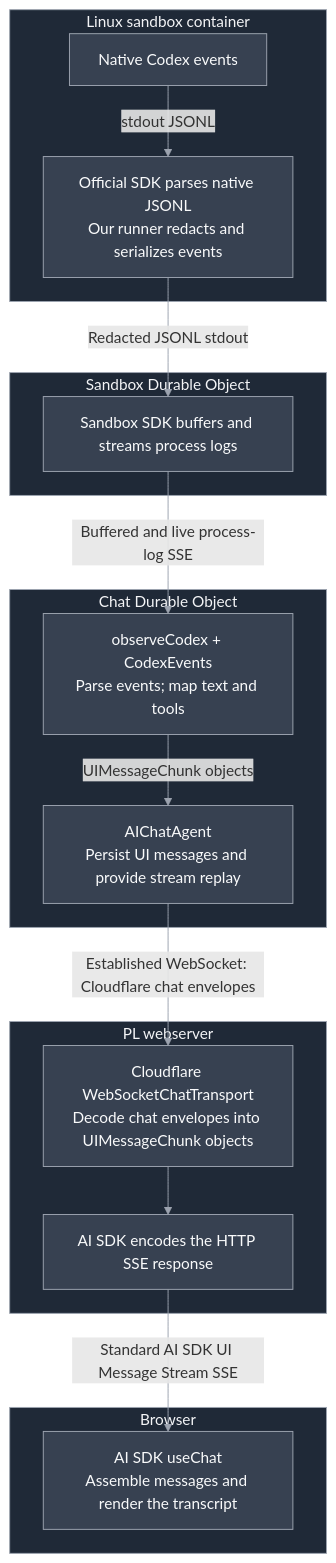
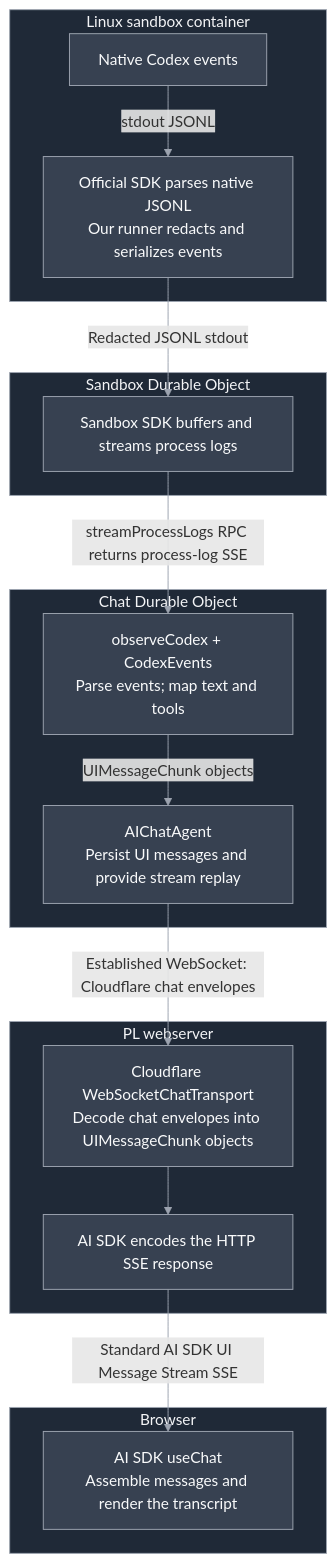
Before and after one commit to miguelaenlle/cloudflare-agents-sdk-test: the second of 3 diagrams in docs/architecture.md, drawn with Mermaid. The commit also changed other lines of this file, not shown here.

````diff
--- a/docs/architecture.md
+++ b/docs/architecture.md
@@ -93,37 +101,37 @@
 ```mermaid
 flowchart TB
     subgraph container["Linux sandbox container"]
         Native["Native Codex events"]
         Runner["Official SDK parses native JSONL<br/>Our runner redacts and serializes events"]
         Native -->|"stdout JSONL"| Runner
     end
     subgraph control["Sandbox Durable Object"]
         Logs["Sandbox SDK buffers and streams process logs"]
     end
     subgraph chat["Chat Durable Object"]
         Mapper["observeCodex + CodexEvents<br/>Parse events; map text and tools"]
         Agent["AIChatAgent<br/>Persist UI messages and provide stream replay"]
         Mapper -->|"UIMessageChunk objects"| Agent
     end
     subgraph backend["PL webserver"]
         Adapter["Cloudflare WebSocketChatTransport<br/>Decode chat envelopes into UIMessageChunk objects"]
         Relay["AI SDK encodes the HTTP SSE response"]
         Adapter --> Relay
     end
     subgraph browser["Browser"]
         UI["AI SDK useChat<br/>Assemble messages and render the transcript"]
     end
 
     Runner -->|"Redacted JSONL stdout"| Logs
-    Logs -->|"Buffered and live process-log SSE"| Mapper
+    Logs -->|"streamProcessLogs RPC returns process-log SSE"| Mapper
     Agent -->|"Established WebSocket: Cloudflare chat envelopes"| Adapter
     Relay -->|"Standard AI SDK UI Message Stream SSE"| UI
 
     classDef default fill:#374151,stroke:#9ca3af,color:#f9fafb
     style container fill:#1f2937,stroke:#9ca3af,color:#f3f4f6
     style control fill:#1f2937,stroke:#9ca3af,color:#f3f4f6
     style chat fill:#1f2937,stroke:#9ca3af,color:#f3f4f6
     style backend fill:#1f2937,stroke:#9ca3af,color:#f3f4f6
     style browser fill:#1f2937,stroke:#9ca3af,color:#f3f4f6
     linkStyle default stroke:#9ca3af
 ```
````
